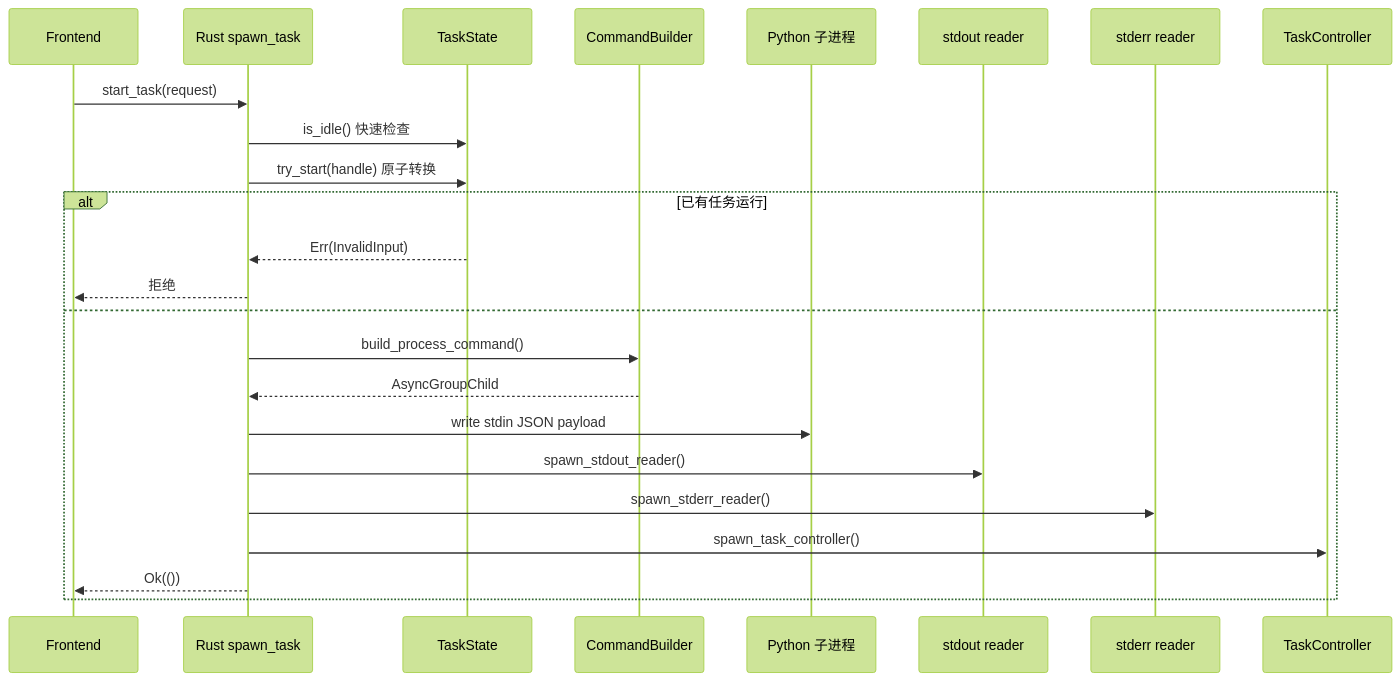
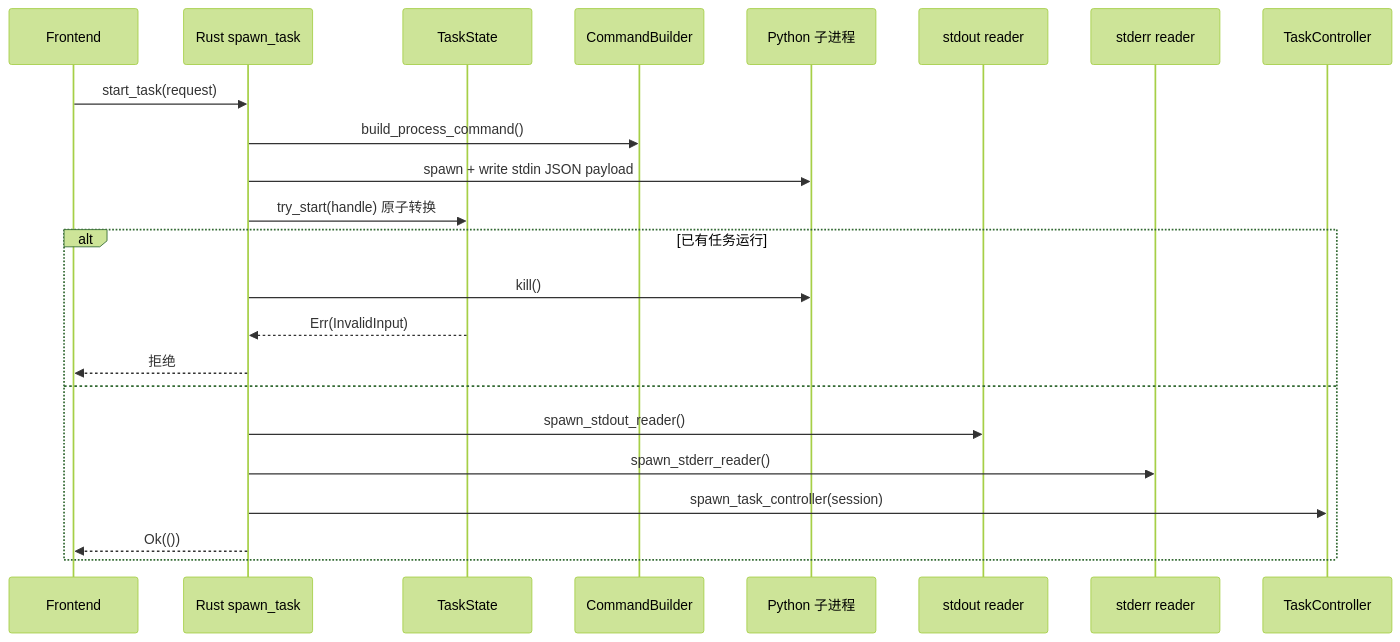
The second of 6 diagrams in docs/07-task-lifecycle.md (youge325/vp), drawn with Mermaid (forest theme) before and after one commit. The commit also changed other lines of this file and 20 other files, not shown here.

````diff
--- a/docs/07-task-lifecycle.md
+++ b/docs/07-task-lifecycle.md
@@ -57,27 +55,26 @@
 ```mermaid
 sequenceDiagram
     participant Frontend
     participant Rust as Rust spawn_task
     participant State as TaskState
     participant Builder as CommandBuilder
     participant Child as Python 子进程
     participant Stdout as stdout reader
     participant Stderr as stderr reader
     participant Controller as TaskController
 
     Frontend->>Rust: start_task(request)
-    Rust->>State: is_idle() 快速检查
+    Rust->>Builder: build_process_command()
+    Rust->>Child: spawn + write stdin JSON payload
     Rust->>State: try_start(handle) 原子转换
     alt 已有任务运行
+        Rust->>Child: kill()
         State-->>Rust: Err(InvalidInput)
         Rust-->>Frontend: 拒绝
     else
-        Rust->>Builder: build_process_command()
-        Builder-->>Rust: AsyncGroupChild
-        Rust->>Child: write stdin JSON payload
         Rust->>Stdout: spawn_stdout_reader()
         Rust->>Stderr: spawn_stderr_reader()
-        Rust->>Controller: spawn_task_controller()
+        Rust->>Controller: spawn_task_controller(session)
         Rust-->>Frontend: Ok(())
     end
 ```
````
